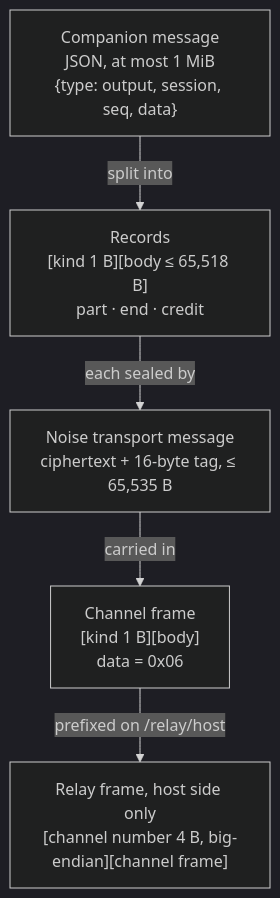
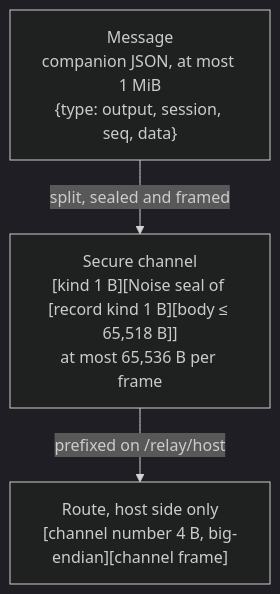
The second of 7 diagrams in docs/tech/remote-control.md (yicheng47/runner), drawn with Mermaid (dark theme) before and after one commit. The commit also changed other lines of this file, not shown here.

````diff
--- a/docs/tech/remote-control.md
+++ b/docs/tech/remote-control.md
@@ -29,9 +29,7 @@
 ```mermaid
 flowchart TB
-    M["Companion message<br/>JSON, at most 1 MiB<br/>{type: output, session, seq, data}"]
-    R["Records<br/>[kind 1 B][body ≤ 65,518 B]<br/>part · end · credit"]
-    N["Noise transport message<br/>ciphertext + 16-byte tag, ≤ 65,535 B"]
-    C["Channel frame<br/>[kind 1 B][body]<br/>data = 0x06"]
-    W["Relay frame, host side only<br/>[channel number 4 B, big-endian][channel frame]"]
-    M -->|split into| R -->|each sealed by| N -->|carried in| C -->|prefixed on /relay/host| W
+    M["Message<br/>companion JSON, at most 1 MiB<br/>{type: output, session, seq, data}"]
+    C["Secure channel<br/>[kind 1 B][Noise seal of [record kind 1 B][body ≤ 65,518 B]]<br/>at most 65,536 B per frame"]
+    R["Route, host side only<br/>[channel number 4 B, big-endian][channel frame]"]
+    M -->|split, sealed and framed| C -->|prefixed on /relay/host| R
 ```
````
